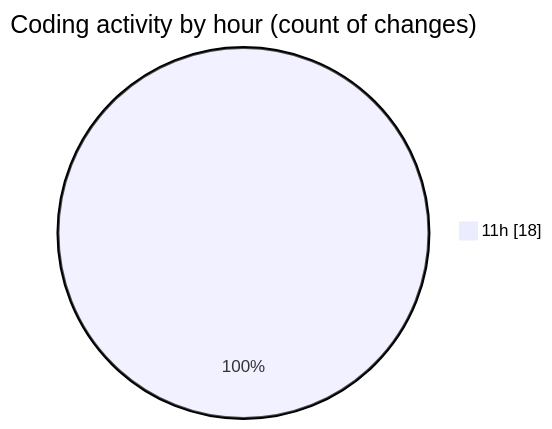
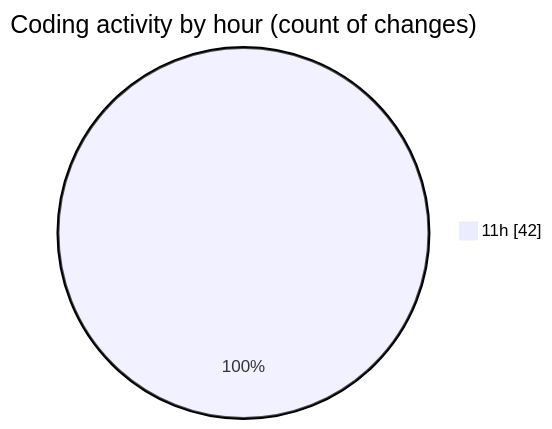
One commit to nxtqubesakshisongat/code-tracking changed the second of 2 diagrams in 2025-12-24/nxtqube_webapp/README.md. Above: the diagram before and after it, drawn with Mermaid. The commit also changed other lines of this file and 1 other file, not shown here.

````diff
--- a/2025-12-24/nxtqube_webapp/README.md
+++ b/2025-12-24/nxtqube_webapp/README.md
@@ -28,5 +28,5 @@
 ```mermaid
 pie showData
 title Coding activity by hour (count of changes)
-"11h" : 18
+"11h" : 42
 ```
````
